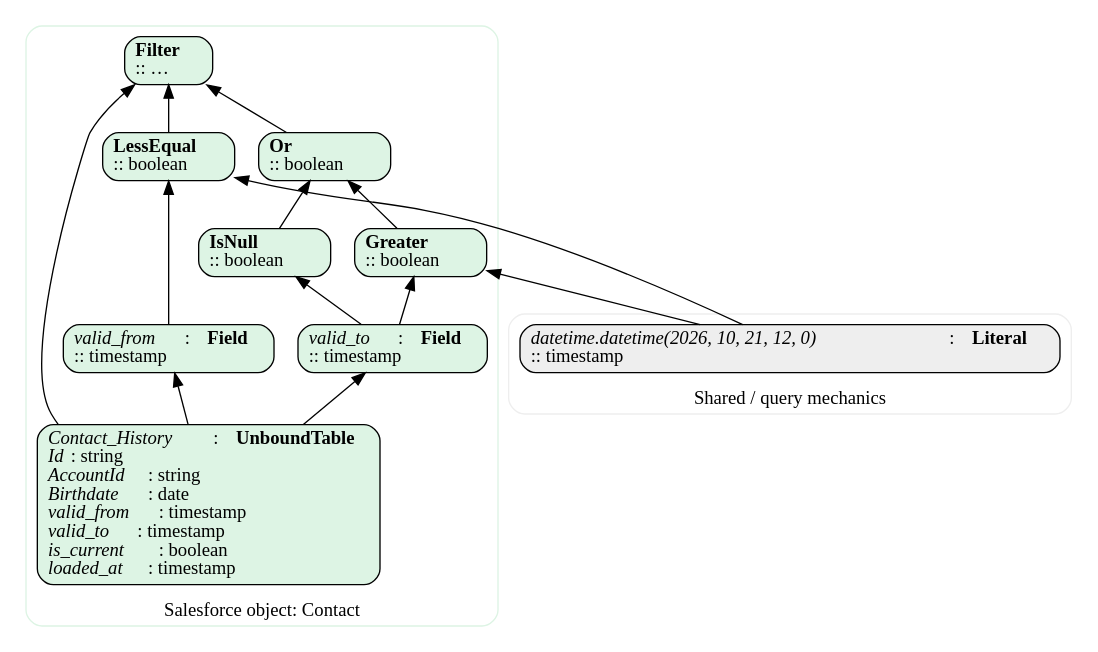
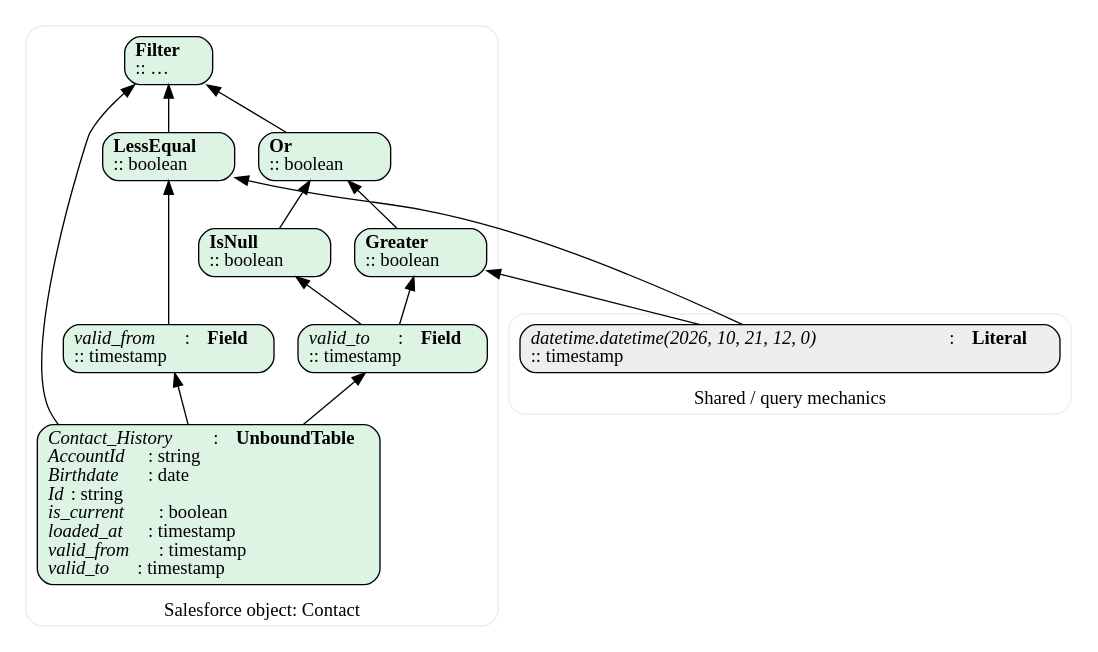
Before and after one commit to mbkranz/ppsc-ops-data-quality: the diagram in docs/suites/account_to_survey_results_flow_Contact_At_Execution.dot, drawn with Graphviz. The commit also changed 88 other files, not shown here.

```diff
--- a/docs/suites/account_to_survey_results_flow_Contact_At_Execution.dot
+++ b/docs/suites/account_to_survey_results_flow_Contact_At_Execution.dot
@@ -1,41 +1,41 @@
 digraph {
 	node [fontname="Deja Vu Sans Mono" shape=box]
 	edge [fontname="Deja Vu Sans Mono"]
 	rankdir=BT
-	-6808441789609260297 [label=<<B>Filter</B><BR ALIGN="LEFT" />:: …<BR ALIGN="LEFT" />> fillcolor="#DDF4E4" group="Salesforce object: Contact" style="rounded,filled" tooltip="Parent entity: Salesforce object: Contact"]
-	-1639863331750396560 [label=<<I>Contact_History</I>: <B>UnboundTable</B><BR ALIGN="LEFT" /><I>Id</I>: string<BR ALIGN="LEFT" /><I>AccountId</I>: string<BR ALIGN="LEFT" /><I>Birthdate</I>: date<BR ALIGN="LEFT" /><I>valid_from</I>: timestamp<BR ALIGN="LEFT" /><I>valid_to</I>: timestamp<BR ALIGN="LEFT" /><I>is_current</I>: boolean<BR ALIGN="LEFT" /><I>loaded_at</I>: timestamp<BR ALIGN="LEFT" />> fillcolor="#DDF4E4" group="Salesforce object: Contact" style="rounded,filled" tooltip="Parent entity: Salesforce object: Contact"]
-	-1639863331750396560 -> -6808441789609260297
-	8472422899088453485 [label=<<B>LessEqual</B><BR ALIGN="LEFT" />:: boolean<BR ALIGN="LEFT" />> fillcolor="#DDF4E4" group="Salesforce object: Contact" style="rounded,filled" tooltip="Parent entity: Salesforce object: Contact"]
-	8472422899088453485 -> -6808441789609260297
-	-734343645396010570 [label=<<B>Or</B><BR ALIGN="LEFT" />:: boolean<BR ALIGN="LEFT" />> fillcolor="#DDF4E4" group="Salesforce object: Contact" style="rounded,filled" tooltip="Parent entity: Salesforce object: Contact"]
-	-734343645396010570 -> -6808441789609260297
-	3822470121343447215 [label=<<I>valid_from</I>: <B>Field</B><BR ALIGN="LEFT" />:: timestamp<BR ALIGN="LEFT" />> fillcolor="#DDF4E4" group="Salesforce object: Contact" style="rounded,filled" tooltip="Parent entity: Salesforce object: Contact"]
-	3822470121343447215 -> 8472422899088453485
-	4292849112477447238 [label=<<I>datetime.datetime(2026, 10, 21, 12, 0)</I>: <B>Literal</B><BR ALIGN="LEFT" />:: timestamp<BR ALIGN="LEFT" />> fillcolor="#EEEEEE" group="Shared / query mechanics" style="rounded,filled" tooltip="Parent entity: Shared / query mechanics"]
-	4292849112477447238 -> 8472422899088453485
-	7027472718806630535 [label=<<B>Greater</B><BR ALIGN="LEFT" />:: boolean<BR ALIGN="LEFT" />> fillcolor="#DDF4E4" group="Salesforce object: Contact" style="rounded,filled" tooltip="Parent entity: Salesforce object: Contact"]
-	7027472718806630535 -> -734343645396010570
-	-6307733175900110807 [label=<<B>IsNull</B><BR ALIGN="LEFT" />:: boolean<BR ALIGN="LEFT" />> fillcolor="#DDF4E4" group="Salesforce object: Contact" style="rounded,filled" tooltip="Parent entity: Salesforce object: Contact"]
-	-6307733175900110807 -> -734343645396010570
-	-1639863331750396560 -> 3822470121343447215
-	3792620429019164108 [label=<<I>valid_to</I>: <B>Field</B><BR ALIGN="LEFT" />:: timestamp<BR ALIGN="LEFT" />> fillcolor="#DDF4E4" group="Salesforce object: Contact" style="rounded,filled" tooltip="Parent entity: Salesforce object: Contact"]
-	3792620429019164108 -> 7027472718806630535
-	4292849112477447238 -> 7027472718806630535
-	3792620429019164108 -> -6307733175900110807
-	-1639863331750396560 -> 3792620429019164108
+	3324419576018864941 [label=<<B>Filter</B><BR ALIGN="LEFT" />:: …<BR ALIGN="LEFT" />> fillcolor="#DDF4E4" group="Salesforce object: Contact" style="rounded,filled" tooltip="Parent entity: Salesforce object: Contact"]
+	1459955583494097503 [label=<<I>Contact_History</I>: <B>UnboundTable</B><BR ALIGN="LEFT" /><I>AccountId</I>: string<BR ALIGN="LEFT" /><I>Birthdate</I>: date<BR ALIGN="LEFT" /><I>Id</I>: string<BR ALIGN="LEFT" /><I>is_current</I>: boolean<BR ALIGN="LEFT" /><I>loaded_at</I>: timestamp<BR ALIGN="LEFT" /><I>valid_from</I>: timestamp<BR ALIGN="LEFT" /><I>valid_to</I>: timestamp<BR ALIGN="LEFT" />> fillcolor="#DDF4E4" group="Salesforce object: Contact" style="rounded,filled" tooltip="Parent entity: Salesforce object: Contact"]
+	1459955583494097503 -> 3324419576018864941
+	6268551138656641792 [label=<<B>LessEqual</B><BR ALIGN="LEFT" />:: boolean<BR ALIGN="LEFT" />> fillcolor="#DDF4E4" group="Salesforce object: Contact" style="rounded,filled" tooltip="Parent entity: Salesforce object: Contact"]
+	6268551138656641792 -> 3324419576018864941
+	-7356112246233475561 [label=<<B>Or</B><BR ALIGN="LEFT" />:: boolean<BR ALIGN="LEFT" />> fillcolor="#DDF4E4" group="Salesforce object: Contact" style="rounded,filled" tooltip="Parent entity: Salesforce object: Contact"]
+	-7356112246233475561 -> 3324419576018864941
+	2011392618236861426 [label=<<I>valid_from</I>: <B>Field</B><BR ALIGN="LEFT" />:: timestamp<BR ALIGN="LEFT" />> fillcolor="#DDF4E4" group="Salesforce object: Contact" style="rounded,filled" tooltip="Parent entity: Salesforce object: Contact"]
+	2011392618236861426 -> 6268551138656641792
+	-7699747906863967735 [label=<<I>datetime.datetime(2026, 10, 21, 12, 0)</I>: <B>Literal</B><BR ALIGN="LEFT" />:: timestamp<BR ALIGN="LEFT" />> fillcolor="#EEEEEE" group="Shared / query mechanics" style="rounded,filled" tooltip="Parent entity: Shared / query mechanics"]
+	-7699747906863967735 -> 6268551138656641792
+	5258833848064826924 [label=<<B>Greater</B><BR ALIGN="LEFT" />:: boolean<BR ALIGN="LEFT" />> fillcolor="#DDF4E4" group="Salesforce object: Contact" style="rounded,filled" tooltip="Parent entity: Salesforce object: Contact"]
+	5258833848064826924 -> -7356112246233475561
+	-4983796740094233733 [label=<<B>IsNull</B><BR ALIGN="LEFT" />:: boolean<BR ALIGN="LEFT" />> fillcolor="#DDF4E4" group="Salesforce object: Contact" style="rounded,filled" tooltip="Parent entity: Salesforce object: Contact"]
+	-4983796740094233733 -> -7356112246233475561
+	1459955583494097503 -> 2011392618236861426
+	-6782854122241654282 [label=<<I>valid_to</I>: <B>Field</B><BR ALIGN="LEFT" />:: timestamp<BR ALIGN="LEFT" />> fillcolor="#DDF4E4" group="Salesforce object: Contact" style="rounded,filled" tooltip="Parent entity: Salesforce object: Contact"]
+	-6782854122241654282 -> 5258833848064826924
+	-7699747906863967735 -> 5258833848064826924
+	-6782854122241654282 -> -4983796740094233733
+	1459955583494097503 -> -6782854122241654282
 	subgraph cluster_parent_0 {
 		color="#DDF4E4" label="Salesforce object: Contact" style=rounded
-		-6808441789609260297
-		-1639863331750396560
-		8472422899088453485
-		-734343645396010570
-		3822470121343447215
-		7027472718806630535
-		-6307733175900110807
-		3792620429019164108
+		3324419576018864941
+		1459955583494097503
+		6268551138656641792
+		-7356112246233475561
+		2011392618236861426
+		5258833848064826924
+		-4983796740094233733
+		-6782854122241654282
 	}
 	subgraph cluster_parent_1 {
 		color="#EEEEEE" label="Shared / query mechanics" style=rounded
-		4292849112477447238
+		-7699747906863967735
 	}
 }
```
